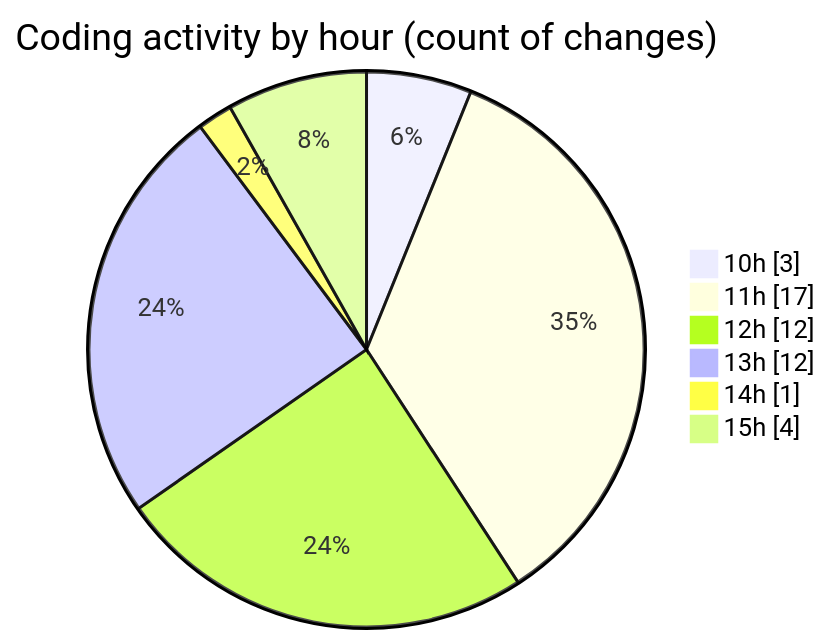
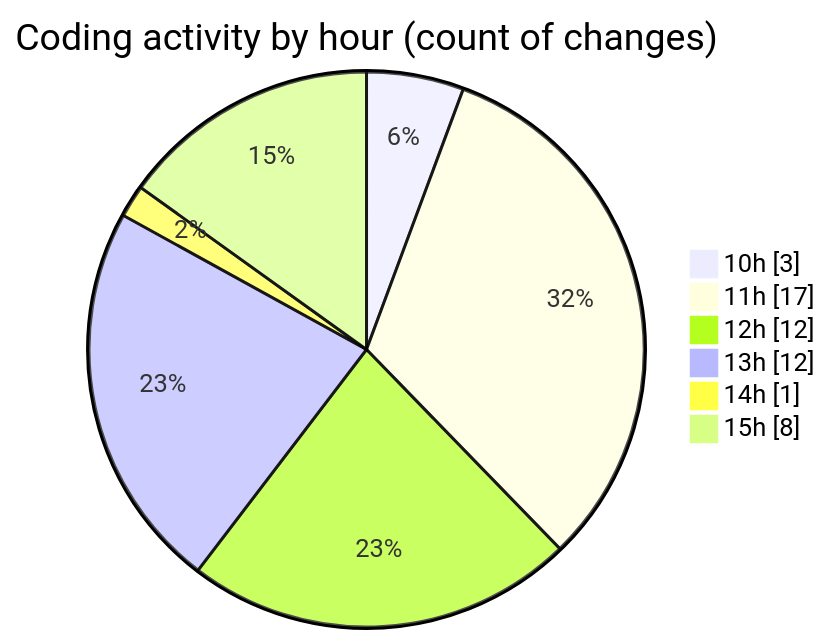
One commit to nxtqubesakshisongat/code-tracking changed the second of 2 diagrams in 2025-09-19/nxtqube_webapp/README.md. Above: the diagram before and after it, drawn with Mermaid. The commit also changed other lines of this file and 1 other file, not shown here.

````diff
--- a/2025-09-19/nxtqube_webapp/README.md
+++ b/2025-09-19/nxtqube_webapp/README.md
@@ -32,10 +32,10 @@
 ```mermaid
 pie showData
 title Coding activity by hour (count of changes)
 "10h" : 3
 "11h" : 17
 "12h" : 12
 "13h" : 12
 "14h" : 1
-"15h" : 4
+"15h" : 8
 ```
````
